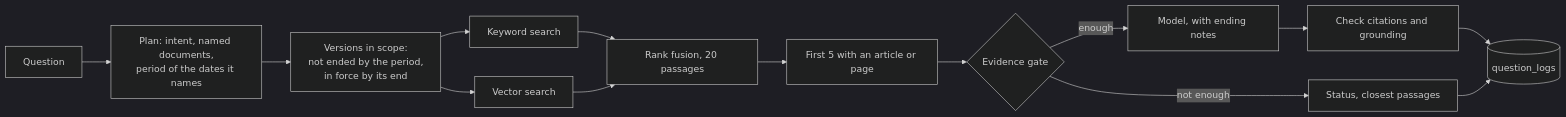
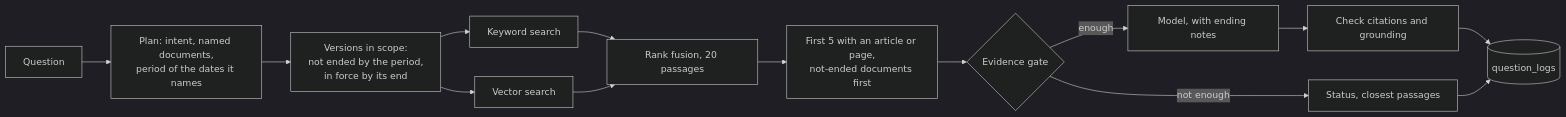
Before and after one commit to thaitri2005/TaxLens-AI: the second of 2 diagrams in docs/architecture.md, drawn with Mermaid (dark theme). The commit also changed other lines of this file and 5 other files, not shown here.

````diff
--- a/docs/architecture.md
+++ b/docs/architecture.md
@@ -46,16 +46,16 @@
 ```mermaid
 flowchart LR
     Q[Question] --> Plan["Plan: intent, named documents,<br/>period of the dates it names"]
     Plan --> Versions["Versions in scope:<br/>not ended by the period,<br/>in force by its end"]
     Versions --> KW[Keyword search]
     Versions --> Vec[Vector search]
     KW --> Fuse[Rank fusion, 20 passages]
     Vec --> Fuse
-    Fuse --> Pick[First 5 with an article or page]
+    Fuse --> Pick[First 5 with an article or page,<br/>not-ended documents first]
     Pick --> Gate{Evidence gate}
     Gate -->|enough| Model[Model, with ending notes]
     Gate -->|not enough| Refuse[Status, closest passages]
     Model --> Check[Check citations and grounding]
     Check --> Log[(question_logs)]
     Refuse --> Log
 ```
````
